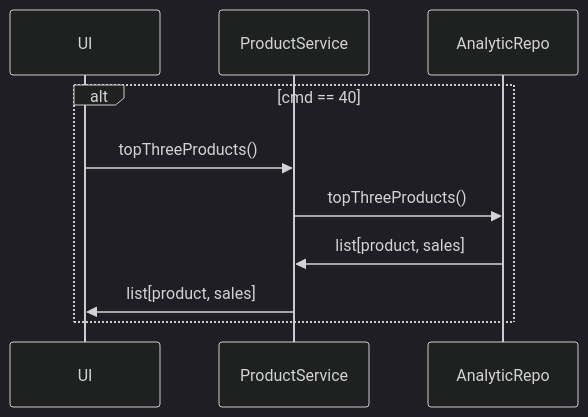
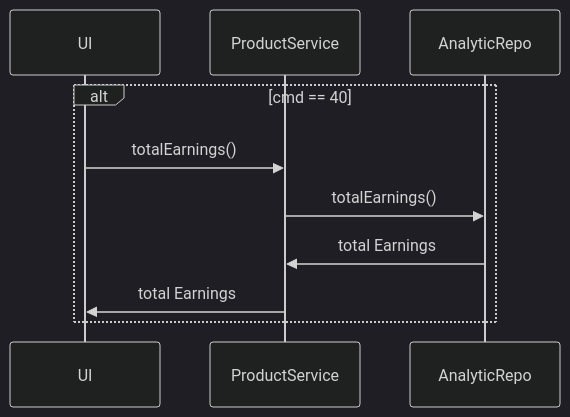
Diagram 13 of 14 in README.md (Apameus/Vending_Machine), drawn with Mermaid (dark theme) before and after one commit. The commit also changed other lines of this file, not shown here.

Commit message:
totalEarnings command added

````diff
--- a/README.md
+++ b/README.md
@@ -273,13 +276,13 @@
 ```mermaid
 sequenceDiagram
-    participant UI
-    participant PS as ProductService
-    participant AR as AnalyticRepo
+participant UI
+participant PS as ProductService
+participant AR as AnalyticRepo
 
-    alt cmd == 40
-            UI ->> PS: topThreeProducts()
-            PS ->> AR: topThreeProducts()
-            AR ->> PS: list[product, sales]
-            PS ->> UI: list[product, sales]
-    end
+alt cmd == 40
+    UI ->> PS: totalEarnings()
+    PS ->> AR: totalEarnings()
+    AR ->> PS: total Earnings
+    PS ->> UI: total Earnings
+end
 ```
````
